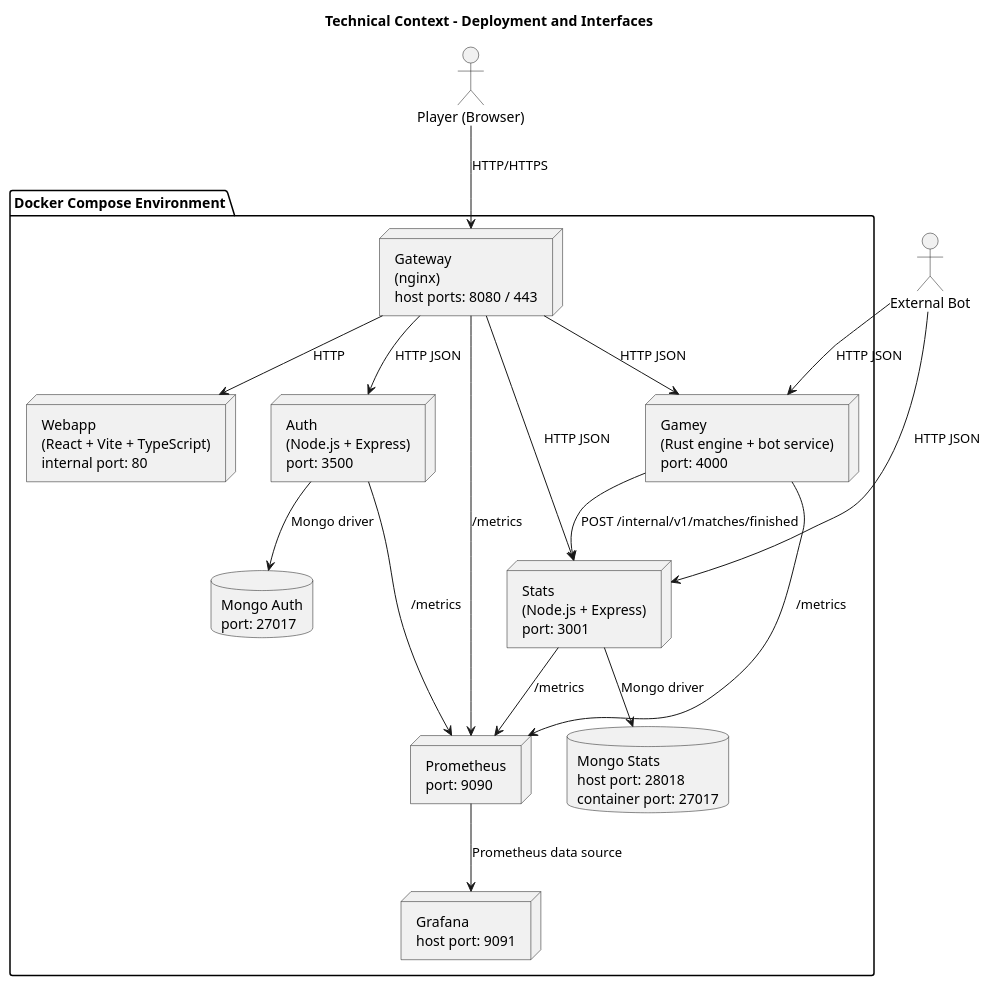
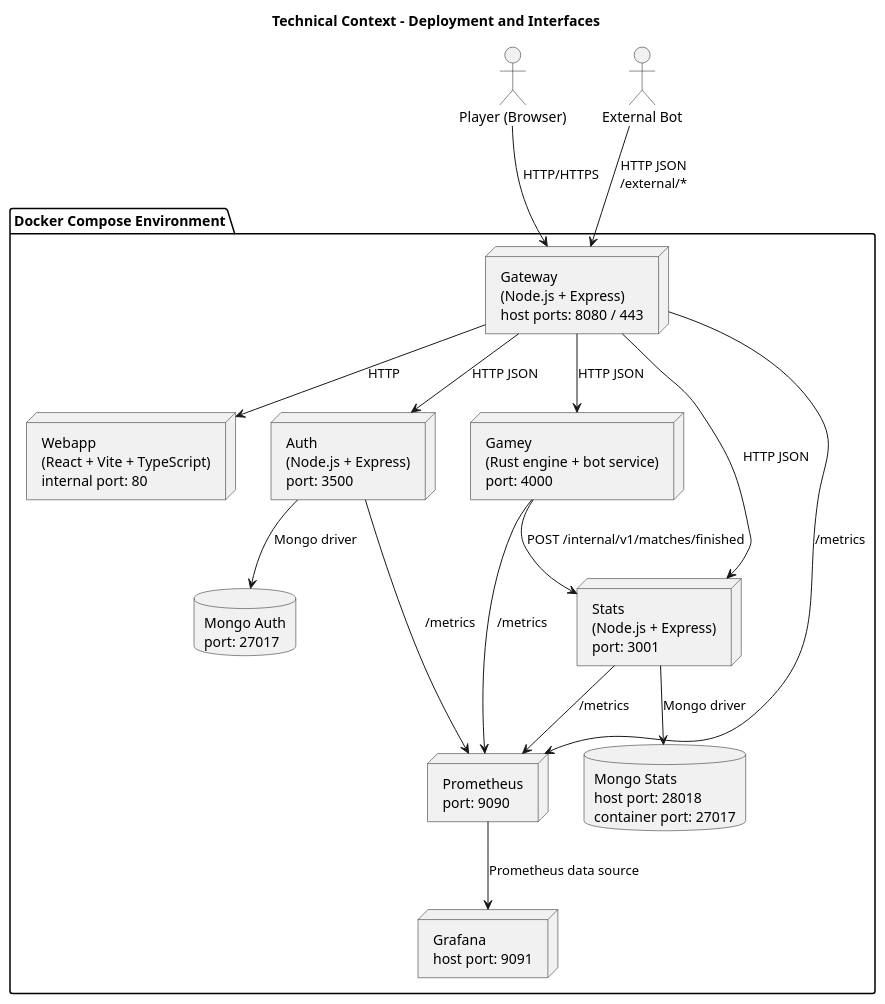
Before and after one commit to Arquisoft/yovi_es4b: the second of 2 diagrams in docs/src/03_context_and_scope.adoc, drawn with PlantUML. The commit also changed other lines of this file and 7 other files, not shown here.

```diff
--- a/docs/src/03_context_and_scope.adoc
+++ b/docs/src/03_context_and_scope.adoc
@@ -60,40 +59,39 @@
 [plantuml, target=technical-context-diagram, format=png]
 ----
 @startuml
 title Technical Context - Deployment and Interfaces
 
 actor "Player (Browser)" as Browser
 actor "External Bot" as ExternalBot
 
 package "Docker Compose Environment" {
-    node "Gateway\n(nginx)\nhost ports: 8080 / 443" as Gateway
+    node "Gateway\n(Node.js + Express)\nhost ports: 8080 / 443" as Gateway
     node "Webapp\n(React + Vite + TypeScript)\ninternal port: 80" as WebApp
     node "Auth\n(Node.js + Express)\nport: 3500" as Auth
     node "Stats\n(Node.js + Express)\nport: 3001" as Stats
     node "Gamey\n(Rust engine + bot service)\nport: 4000" as Gamey
     database "Mongo Auth\nport: 27017" as UserDB
     database "Mongo Stats\nhost port: 28018\ncontainer port: 27017" as GameDB
     node "Prometheus\nport: 9090" as Prometheus
     node "Grafana\nhost port: 9091" as Grafana
 }
 
 Browser --> Gateway : HTTP/HTTPS
-ExternalBot --> Gamey : HTTP JSON
-ExternalBot --> Stats : HTTP JSON
+ExternalBot --> Gateway : HTTP JSON\n/external/*
 
 Gateway --> WebApp : HTTP
 Gateway --> Auth : HTTP JSON
 Gateway --> Stats : HTTP JSON
 Gateway --> Gamey : HTTP JSON
 
 Auth --> UserDB : Mongo driver
 Stats --> GameDB : Mongo driver
 Gamey --> Stats : POST /internal/v1/matches/finished
 
 Gateway --> Prometheus : /metrics
 Auth --> Prometheus : /metrics
 Stats --> Prometheus : /metrics
 Gamey --> Prometheus : /metrics
 Prometheus --> Grafana : Prometheus data source
 @enduml
 ----
```
